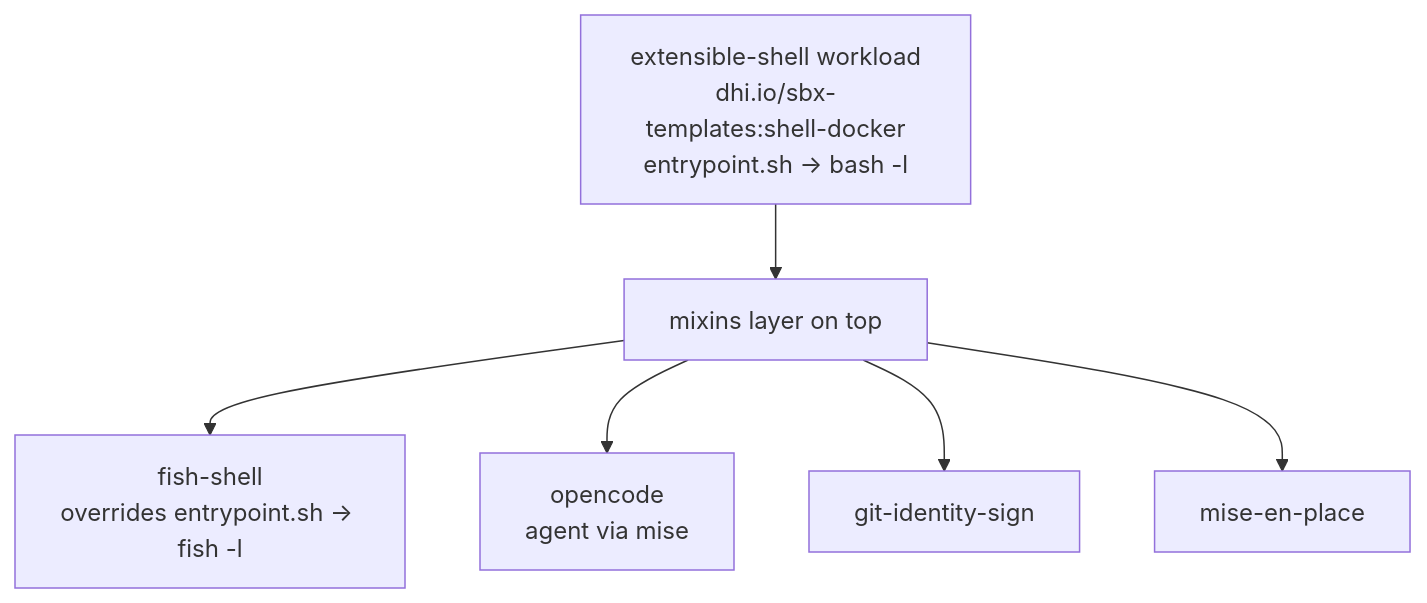
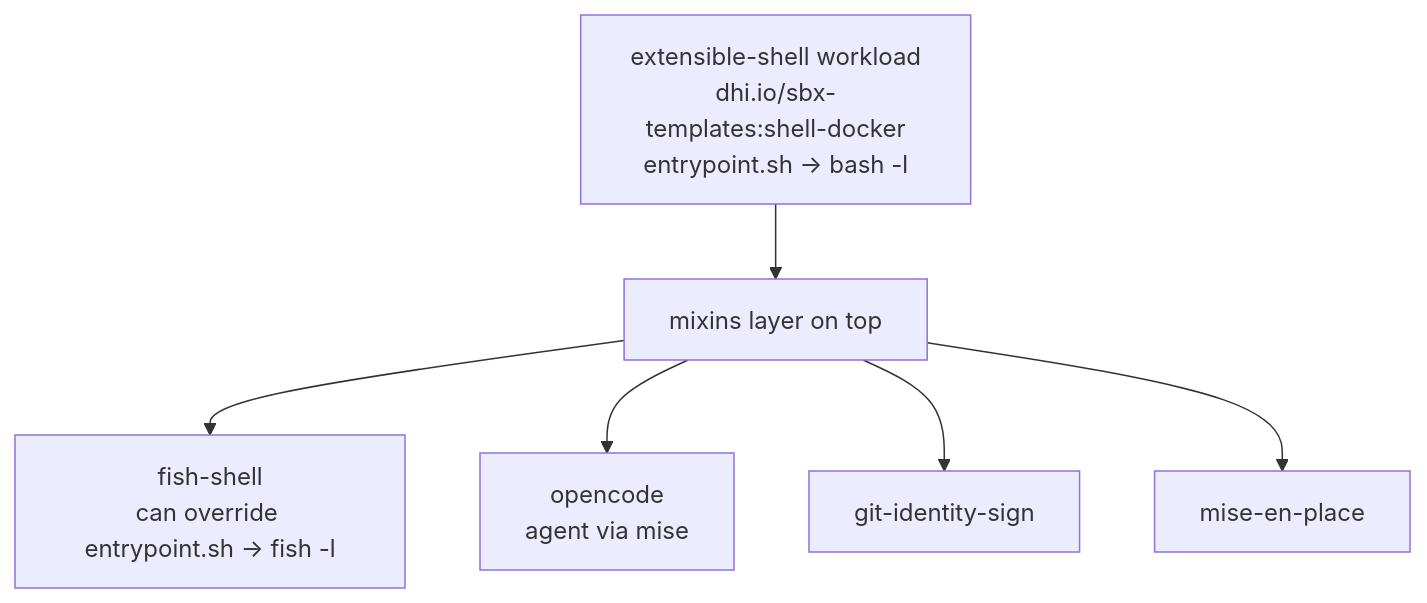
The diagram in .lode/kits/extensible-shell.md (dirkgroot/docker-sbx-kits), drawn with Mermaid before and after one commit. The commit also changed other lines of this file and 9 other files, not shown here.

First line of the commit message:
Make entrypoint overrides opt-in; parameterize the opencode install

````diff
--- a/.lode/kits/extensible-shell.md
+++ b/.lode/kits/extensible-shell.md
@@ -17,8 +17,8 @@
 ```mermaid
 flowchart TD
     es["extensible-shell workload<br/>dhi.io/sbx-templates:shell-docker<br/>entrypoint.sh → bash -l"] --> m["mixins layer on top"]
-    m --> fs["fish-shell<br/>overrides entrypoint.sh → fish -l"]
+    m --> fs["fish-shell<br/>can override entrypoint.sh → fish -l"]
     m --> oc["opencode<br/>agent via mise"]
     m --> gi["git-identity-sign"]
     m --> me["mise-en-place"]
 ```
````
